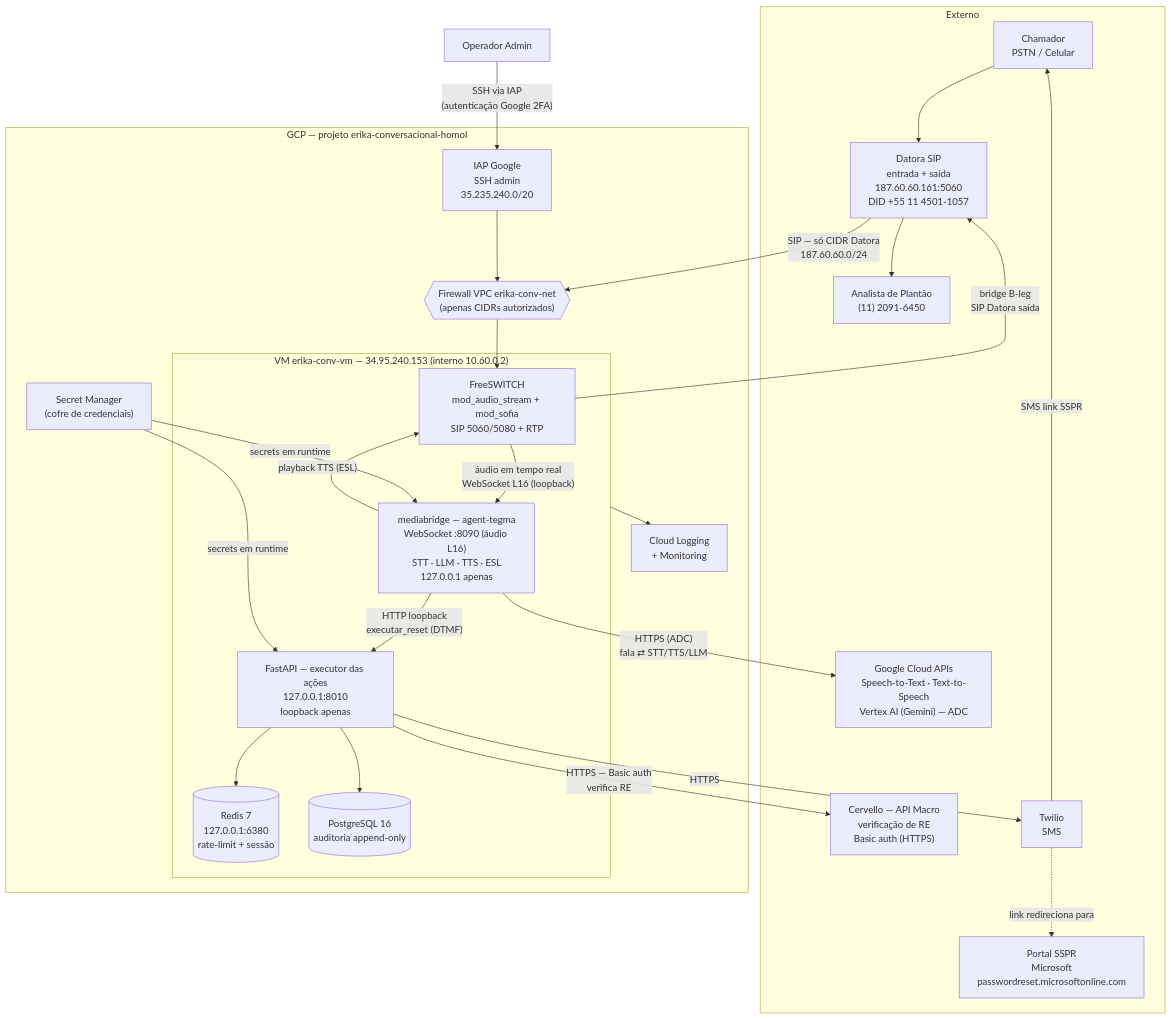
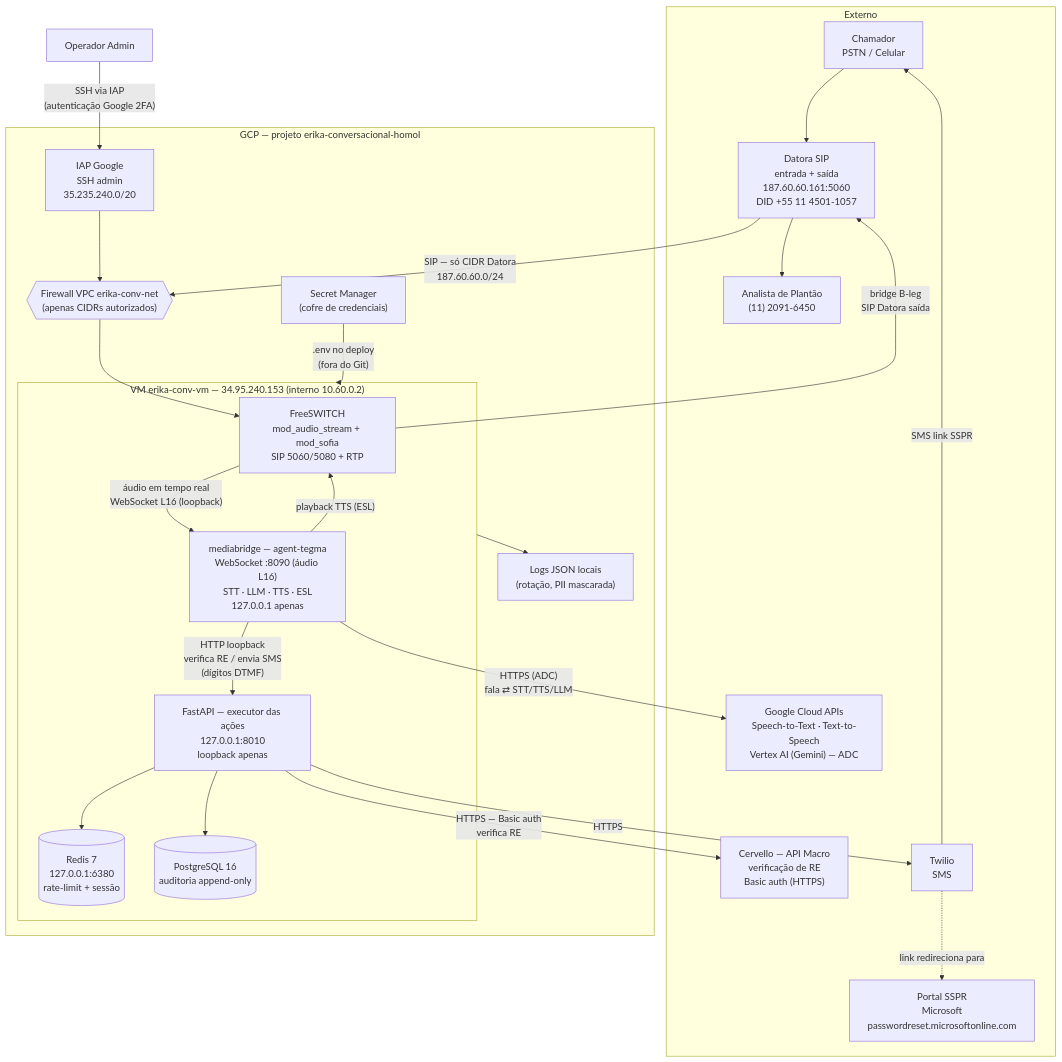
Before and after one commit to Elias-dev10/ura-conversacional-docs: the first of 3 diagrams in docs/modelagem/arquitetura.md, drawn with Mermaid. The commit also changed other lines of this file and 7 other files, not shown here.

````diff
--- a/docs/modelagem/arquitetura.md
+++ b/docs/modelagem/arquitetura.md
@@ -5,50 +5,49 @@
 ```mermaid
 flowchart TB
     subgraph EXT[" Externo "]
         CALLER["Chamador\nPSTN / Celular"]
         DATORA["Datora SIP\nentrada + saída\n187.60.60.161:5060\nDID +55 11 4501-1057"]
         GOOGLE["Google Cloud APIs\nSpeech-to-Text · Text-to-Speech\nVertex AI (Gemini) — ADC"]
         CERVELLO["Cervello — API Macro\nverificação de RE\nBasic auth (HTTPS)"]
         TWILIO["Twilio\nSMS"]
         MS["Portal SSPR\nMicrosoft\npasswordreset.microsoftonline.com"]
         ATEND["Analista de Plantão\n(11) 2091-6450"]
     end
 
     subgraph GCP[" GCP — projeto erika-conversacional-homol "]
         FW{{"Firewall VPC erika-conv-net\n(apenas CIDRs autorizados)"}}
         IAP["IAP Google\nSSH admin\n35.235.240.0/20"]
 
         subgraph VM[" VM erika-conv-vm — 34.95.240.153 (interno 10.60.0.2) "]
             FS["FreeSWITCH\nmod_audio_stream + mod_sofia\nSIP 5060/5080 + RTP"]
             MB["mediabridge — agent-tegma\nWebSocket :8090 (áudio L16)\nSTT · LLM · TTS · ESL\n127.0.0.1 apenas"]
             API["FastAPI — executor das ações\n127.0.0.1:8010\nloopback apenas"]
             REDIS[("Redis 7\n127.0.0.1:6380\nrate-limit + sessão")]
             PG[("PostgreSQL 16\nauditoria append-only")]
         end
 
         SM["Secret Manager\n(cofre de credenciais)"]
-        LOG["Cloud Logging\n+ Monitoring"]
+        LOG["Logs JSON locais\n(rotação, PII mascarada)"]
     end
 
     ADMIN["Operador Admin"] -- "SSH via IAP\n(autenticação Google 2FA)" --> IAP --> FW
 
     CALLER --> DATORA
     DATORA -- "SIP — só CIDR Datora\n187.60.60.0/24" --> FW --> FS
 
     FS -- "áudio em tempo real\nWebSocket L16 (loopback)" --> MB
     MB -- "playback TTS (ESL)" --> FS
     MB -- "HTTPS (ADC)\nfala ⇄ STT/TTS/LLM" --> GOOGLE
 
-    MB -- "HTTP loopback\nexecutar_reset (DTMF)" --> API
+    MB -- "HTTP loopback\nverifica RE / envia SMS\n(dígitos DTMF)" --> API
     API --> REDIS
     API --> PG
     API -- "HTTPS — Basic auth\nverifica RE" --> CERVELLO
     API -- "HTTPS" --> TWILIO -- "SMS link SSPR" --> CALLER
     TWILIO -. "link redireciona para" .-> MS
 
     FS -- "bridge B-leg\nSIP Datora saída" --> DATORA --> ATEND
 
-    SM -- "secrets em runtime" --> API
-    SM -- "secrets em runtime" --> MB
+    SM -- ".env no deploy\n(fora do Git)" --> VM
     VM --> LOG
 ```
````
